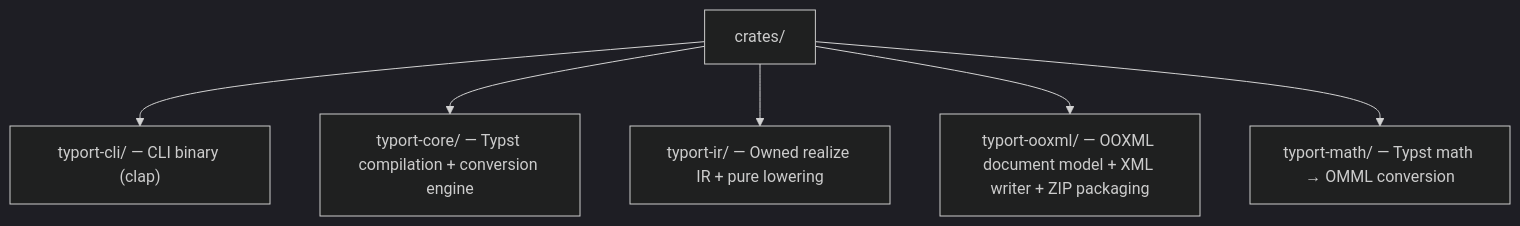
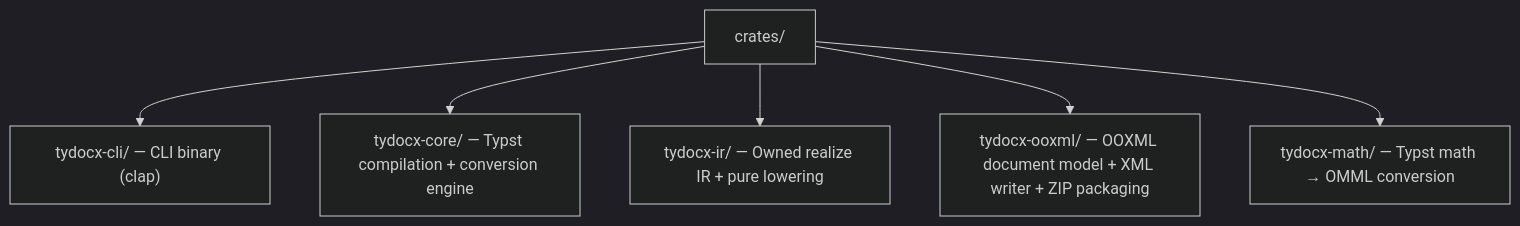
The second of 2 diagrams in README.md (kwadraten/tydocx), drawn with Mermaid (dark theme) before and after one commit. The commit also changed other lines of this file and 214 other files, not shown here.

First line of the commit message:
chore: rename crates, binary and references typort -> tydocx

````diff
--- a/README.md
+++ b/README.md
@@ -78,8 +82,8 @@
 ```mermaid
 flowchart TD
-    CRATES["crates/"] --> CLI["typort-cli/ — CLI binary (clap)"]
-    CRATES --> CORE["typort-core/ — Typst compilation + conversion engine"]
-    CRATES --> IR["typort-ir/ — Owned realize IR + pure lowering"]
-    CRATES --> OOXML["typort-ooxml/ — OOXML document model + XML writer + ZIP packaging"]
-    CRATES --> MATH["typort-math/ — Typst math → OMML conversion"]
+    CRATES["crates/"] --> CLI["tydocx-cli/ — CLI binary (clap)"]
+    CRATES --> CORE["tydocx-core/ — Typst compilation + conversion engine"]
+    CRATES --> IR["tydocx-ir/ — Owned realize IR + pure lowering"]
+    CRATES --> OOXML["tydocx-ooxml/ — OOXML document model + XML writer + ZIP packaging"]
+    CRATES --> MATH["tydocx-math/ — Typst math → OMML conversion"]
 ```
````
